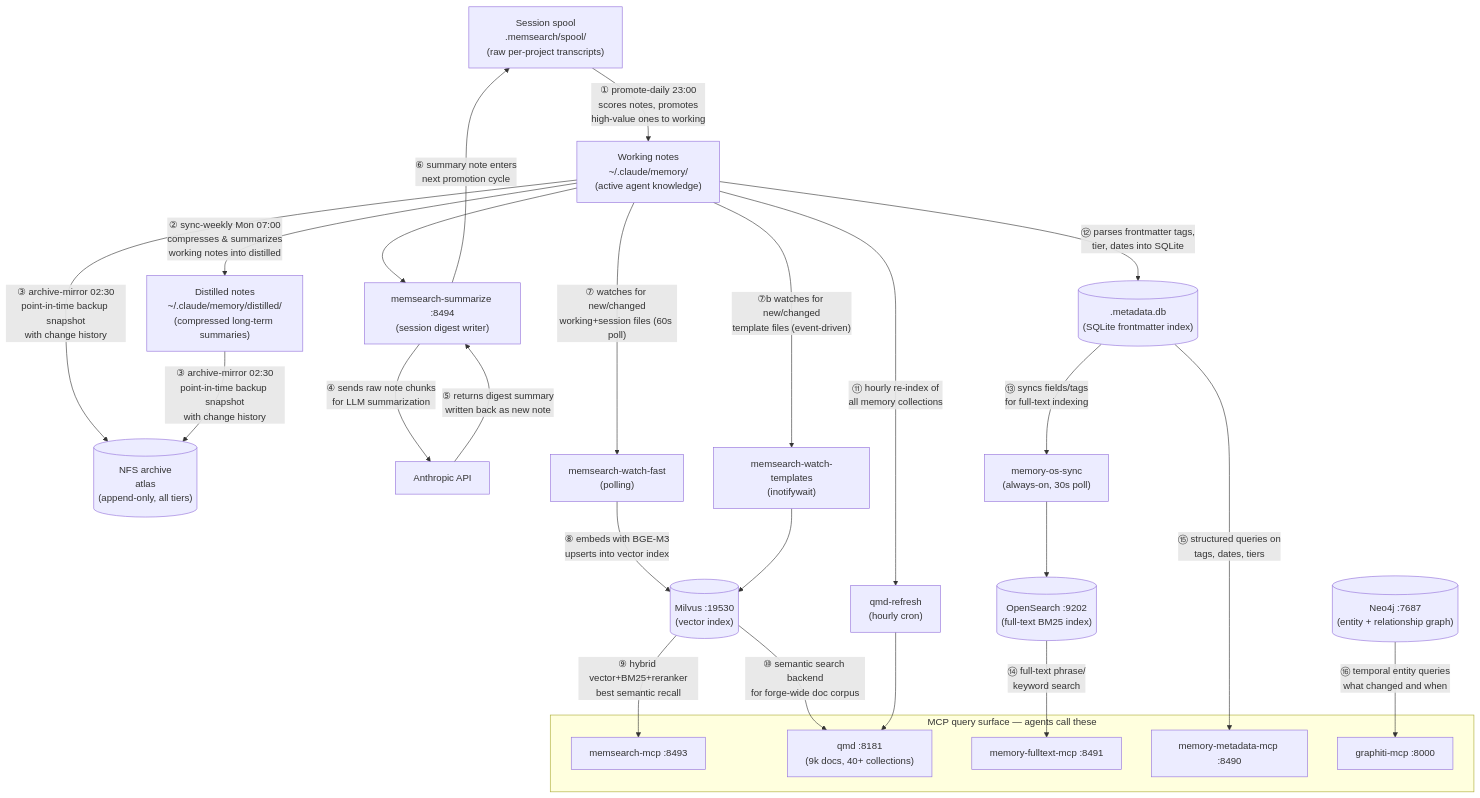
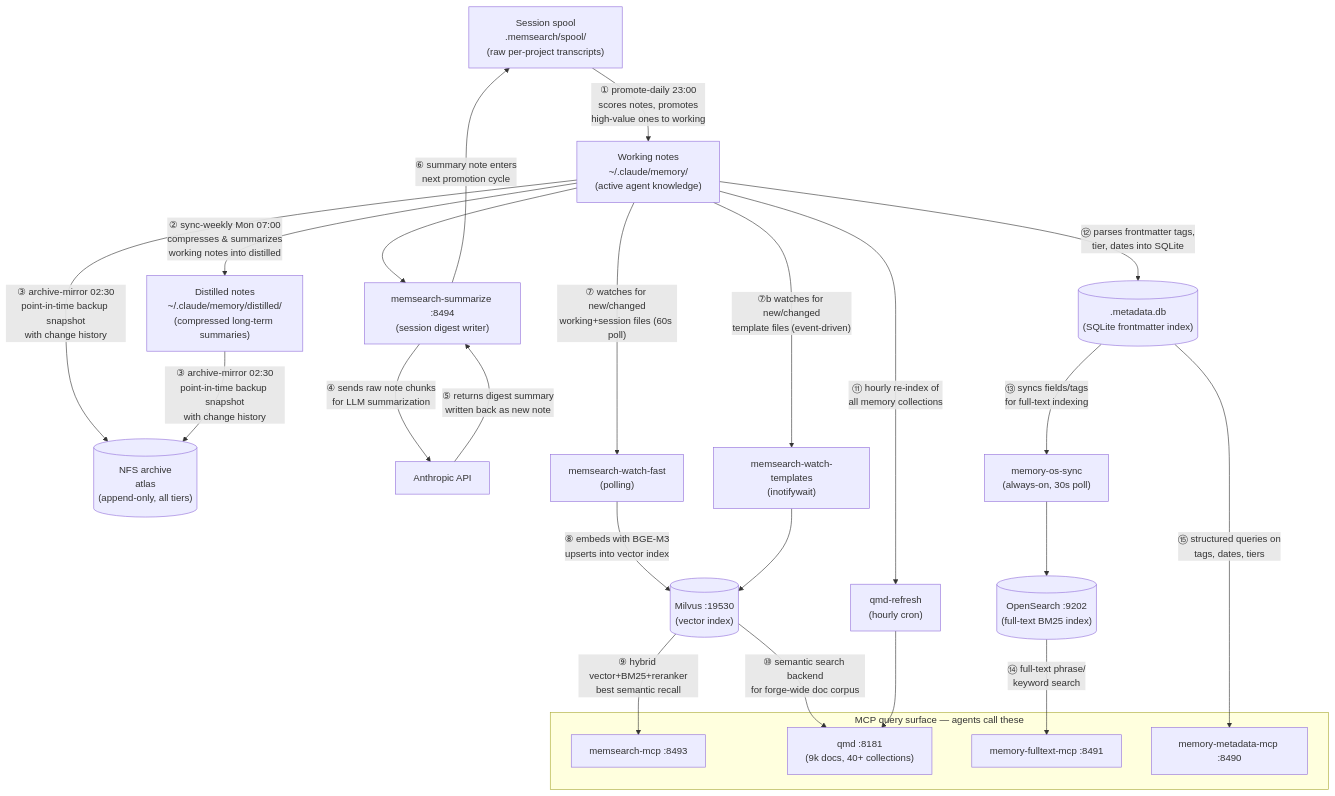
One commit to TadMSTR/homelab-agent changed the fourth of 4 diagrams in docs/components/memory/memory-architecture.md. Above: the diagram before and after it, drawn with Mermaid. The commit also changed other lines of this file and 14 other files, not shown here.

First line of the commit message:
docs: sweep Graphiti references, rewrite as retirement record

````diff
--- a/docs/components/memory/memory-architecture.md
+++ b/docs/components/memory/memory-architecture.md
@@ -148,41 +120,38 @@
 ```mermaid
 flowchart TD
     spool["Session spool\n.memsearch/spool/\n(raw per-project transcripts)"]
     working["Working notes\n~/.claude/memory/\n(active agent knowledge)"]
     distilled["Distilled notes\n~/.claude/memory/distilled/\n(compressed long-term summaries)"]
     nfs[("NFS archive\natlas\n(append-only, all tiers)")]
 
     spool -- "① promote-daily 23:00\nscores notes, promotes\nhigh-value ones to working" --> working
     working -- "② sync-weekly Mon 07:00\ncompresses & summarizes\nworking notes into distilled" --> distilled
     working & distilled -- "③ archive-mirror 02:30\npoint-in-time backup snapshot\nwith change history" --> nfs
 
     working --> summarize["memsearch-summarize :8494\n(session digest writer)"]
     summarize -- "④ sends raw note chunks\nfor LLM summarization" --> anthropic["Anthropic API"]
     anthropic -- "⑤ returns digest summary\nwritten back as new note" --> summarize
     summarize -- "⑥ summary note enters\nnext promotion cycle" --> spool
 
     working -- "⑦ watches for new/changed\nworking+session files (60s poll)" --> watch["memsearch-watch-fast\n(polling)"]
     working -- "⑦b watches for new/changed\ntemplate files (event-driven)" --> watch_tmpl["memsearch-watch-templates\n(inotifywait)"]
     watch -- "⑧ embeds with BGE-M3\nupserts into vector index" --> milvus[("Milvus :19530\n(vector index)")]
     watch_tmpl --> milvus
     milvus -- "⑨ hybrid vector+BM25+reranker\nbest semantic recall" --> memsearch_mcp["memsearch-mcp :8493"]
     milvus -- "⑩ semantic search backend\nfor forge-wide doc corpus" --> qmd["qmd :8181\n(9k docs, 40+ collections)"]
     working -- "⑪ hourly re-index of\nall memory collections" --> qr["qmd-refresh\n(hourly cron)"]
     qr --> qmd
 
     working -- "⑫ parses frontmatter tags,\ntier, dates into SQLite" --> metadb[(".metadata.db\n(SQLite frontmatter index)")]
     metadb -- "⑬ syncs fields/tags\nfor full-text indexing" --> os_sync["memory-os-sync\n(always-on, 30s poll)"]
     os_sync --> opensearch[("OpenSearch :9202\n(full-text BM25 index)")]
     opensearch -- "⑭ full-text phrase/\nkeyword search" --> search_mcp["memory-fulltext-mcp :8491"]
     metadb -- "⑮ structured queries on\ntags, dates, tiers" --> meta_mcp["memory-metadata-mcp :8490"]
 
-    neo4j[("Neo4j :7687\n(entity + relationship graph)")] -- "⑯ temporal entity queries\nwhat changed and when" --> graphiti_mcp["graphiti-mcp :8000"]
-
     subgraph "MCP query surface — agents call these"
         memsearch_mcp
         qmd
         meta_mcp
         search_mcp
-        graphiti_mcp
     end
 ```
````
